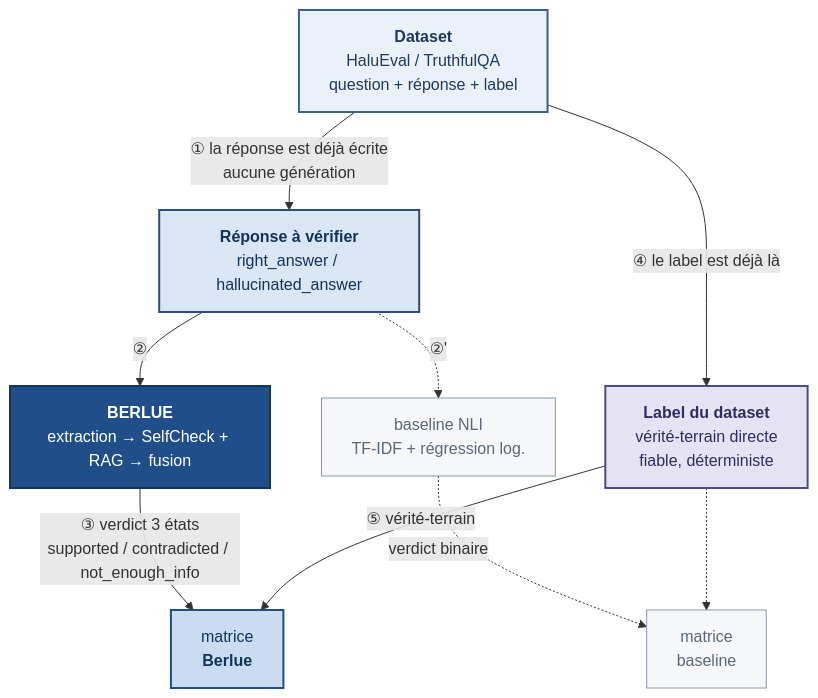
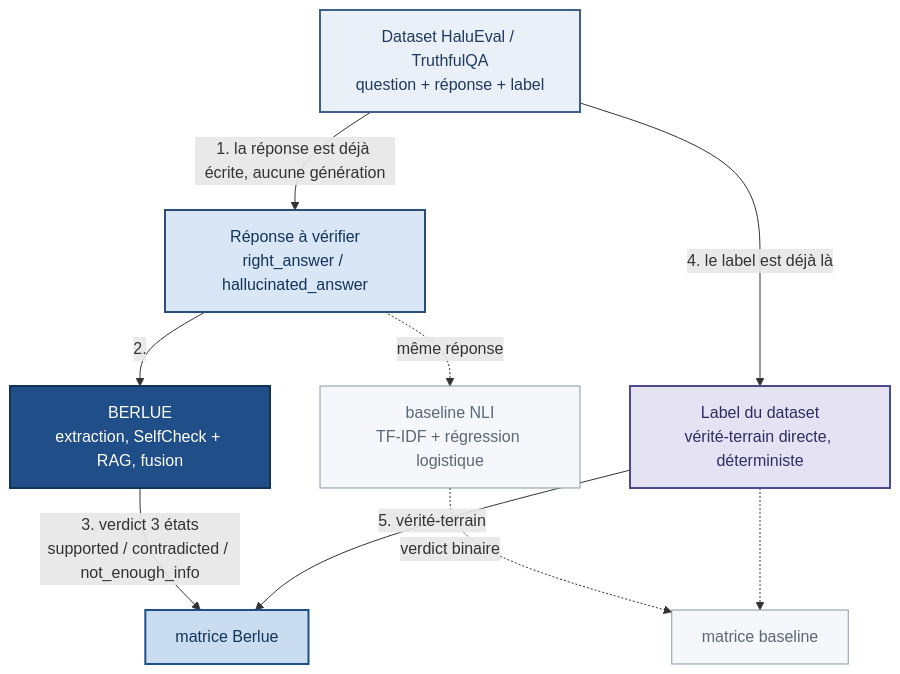
One commit to le-cercle-du-neurone-disparu/berlue changed the first of 2 diagrams in docs/evaluation/modes.md. Above: the diagram before and after it, drawn with Mermaid. The commit also changed other lines of this file, not shown here.

Commit message:
fix: format mermaid

````diff
--- a/docs/evaluation/modes.md
+++ b/docs/evaluation/modes.md
@@ -36,34 +36,33 @@
 ```mermaid
 flowchart TB
-    D["<b>Dataset</b><br/>HaluEval / TruthfulQA<br/>question + réponse + label"]
-    A["<b>Réponse à vérifier</b><br/>right_answer / hallucinated_answer"]
-    B["<b>BERLUE</b><br/>extraction → SelfCheck + RAG → fusion"]
-    N["baseline NLI<br/>TF-IDF + régression log."]
-    G["<b>Label du dataset</b><br/>vérité-terrain directe<br/>fiable, déterministe"]
-    MB["matrice<br/><b>Berlue</b>"]
-    MN["matrice<br/>baseline"]
+    D["Dataset HaluEval / TruthfulQA<br/>question + réponse + label"]
+    A["Réponse à vérifier<br/>right_answer / hallucinated_answer"]
+    B["BERLUE<br/>extraction, SelfCheck + RAG, fusion"]
+    N["baseline NLI<br/>TF-IDF + régression logistique"]
+    G["Label du dataset<br/>vérité-terrain directe, déterministe"]
+    MB["matrice Berlue"]
+    MN["matrice baseline"]
 
-    D -->|"① la réponse est déjà écrite<br/>aucune génération"| A
-    A -->|"②"| B
-    A -.->|"②'"| N
-    B -->|"③ verdict 3 états<br/>supported / contradicted / not_enough_info"| MB
+    D -->|"1. la réponse est déjà écrite, aucune génération"| A
+    A -->|"2."| B
+    A -.->|"même réponse"| N
+    B -->|"3. verdict 3 états<br/>supported / contradicted / not_enough_info"| MB
     N -.->|"verdict binaire"| MN
-    D -->|"④ le label est déjà là"| G
-    G -->|"⑤ vérité-terrain"| MB
+    D -->|"4. le label est déjà là"| G
+    G -->|"5. vérité-terrain"| MB
     G -.-> MN
 
     classDef data fill:#EAF0F7,stroke:#3E5F8A,stroke-width:2px,color:#1F3A5F
-    classDef gen fill:#DDEEF0,stroke:#2E7C86,stroke-width:2px,color:#17454B
     classDef answer fill:#D9E6F5,stroke:#2A4E7C,stroke-width:2px,color:#12335A
     classDef berlue fill:#1F4E88,stroke:#12335A,stroke-width:2px,color:#FFFFFF
     classDef base fill:#F5F7FA,stroke:#8A97A8,stroke-width:1px,color:#5A6878
     classDef truth fill:#E5E3F3,stroke:#4B4A8F,stroke-width:2px,color:#2E2D63
     classDef matrix fill:#C9DCF0,stroke:#1F4E88,stroke-width:2px,color:#12335A
 
     class D data
     class A answer
     class B berlue
     class N,MN base
     class G truth
     class MB matrix
 ```
````
